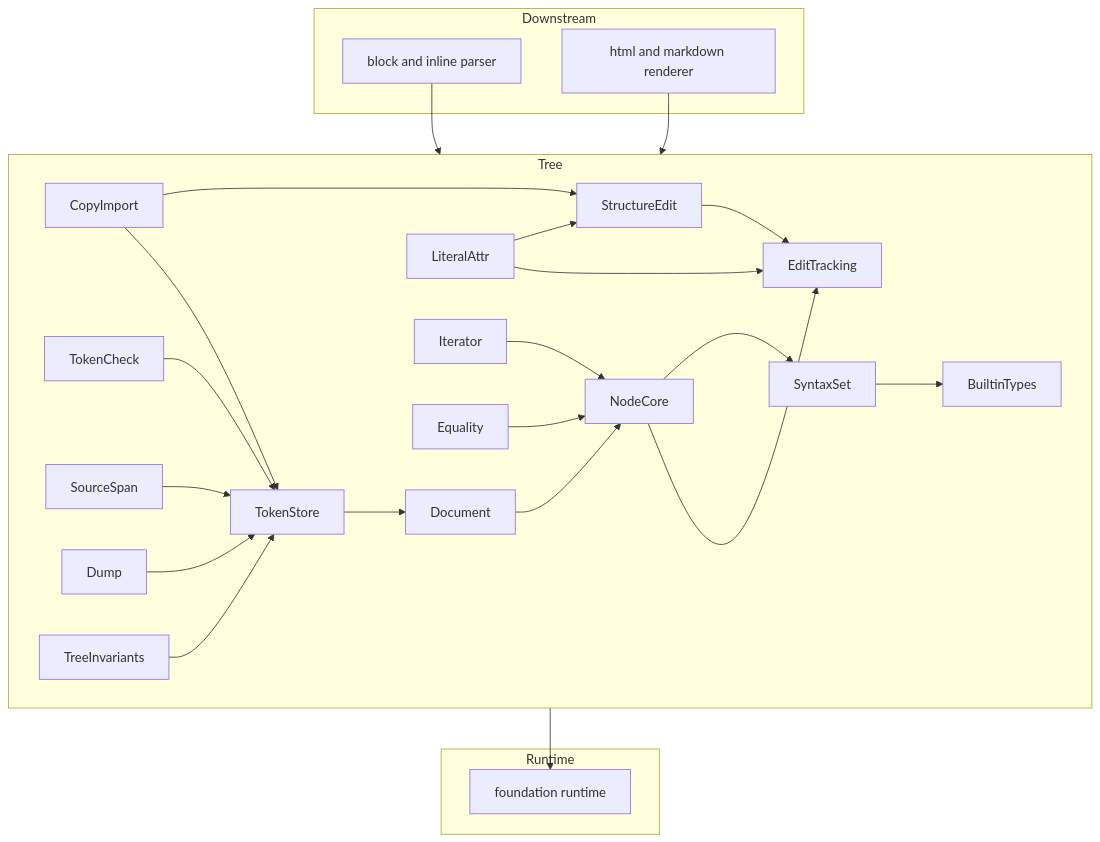
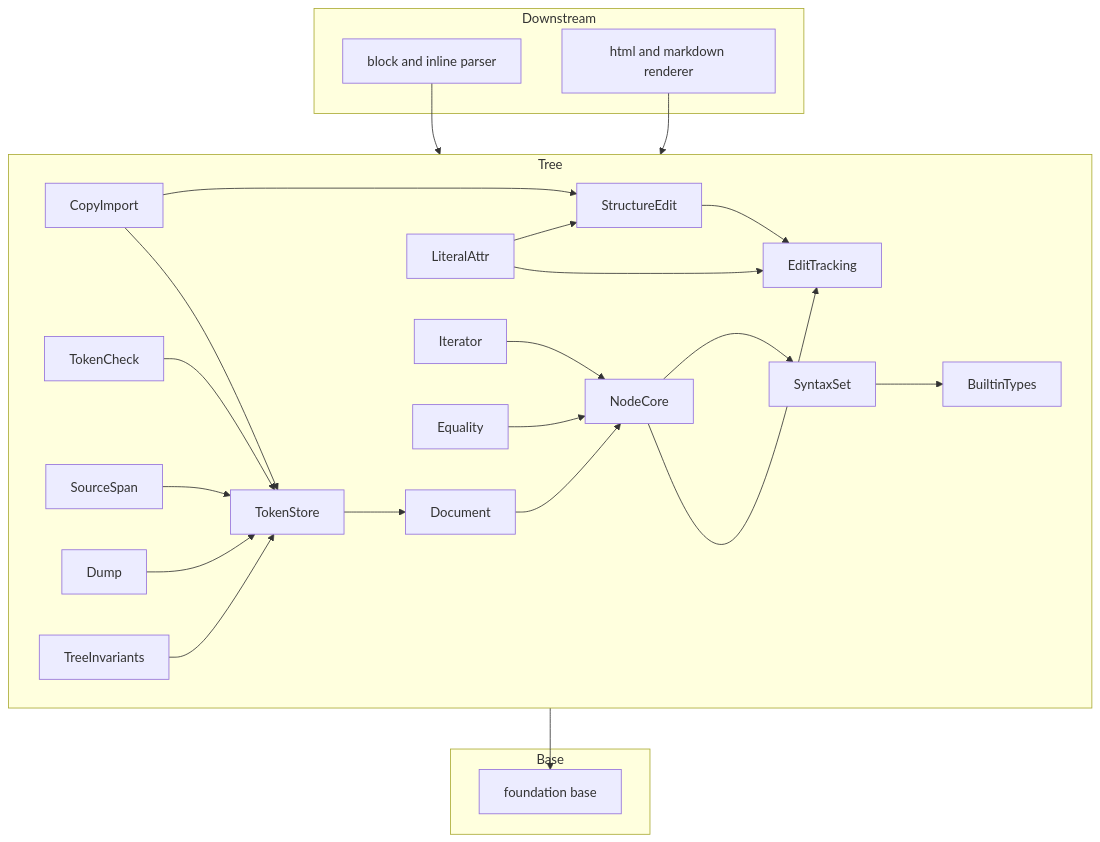
The first of 4 diagrams in .kiro/specs/syntax-tree/design.md (ktdevx/amark-private2), drawn with Mermaid before and after one commit. The commit also changed other lines of this file and 16 other files, not shown here.

First line of the commit message:
Refactor terminology from "common runtime" to "common base" across specifications

````diff
--- a/.kiro/specs/syntax-tree/design.md
+++ b/.kiro/specs/syntax-tree/design.md
@@ -62,46 +62,46 @@
 ```mermaid
 graph TB
-    subgraph Runtime
-        RT[foundation runtime]
+    subgraph Base
+        RT[foundation base]
     end
     subgraph Tree
         Registry[SyntaxSet]
         Builtin[BuiltinTypes]
         Doc[Document]
         NodeCore[NodeCore]
         Edit[EditTracking]
         Literal[LiteralAttr]
         Structure[StructureEdit]
         Tokens[TokenStore]
         Copy[CopyImport]
         Check[TokenCheck]
         Iter[Iterator]
         Span[SourceSpan]
         Equal[Equality]
         Dump[Dump]
         Invariants[TreeInvariants]
     end
     subgraph Downstream
         Parsers[block and inline parser]
         Renderers[html and markdown renderer]
     end
     Registry --> Builtin
     NodeCore --> Registry
     NodeCore --> Edit
     Doc --> NodeCore
     Tokens --> Doc
     Literal --> Structure
     Literal --> Edit
     Structure --> Edit
     Copy --> Structure
     Copy --> Tokens
     Check --> Tokens
     Span --> Tokens
     Iter --> NodeCore
     Equal --> NodeCore
     Dump --> Tokens
     Invariants --> Tokens
     Tree --> RT
     Parsers --> Tree
     Renderers --> Tree
 ```
````
